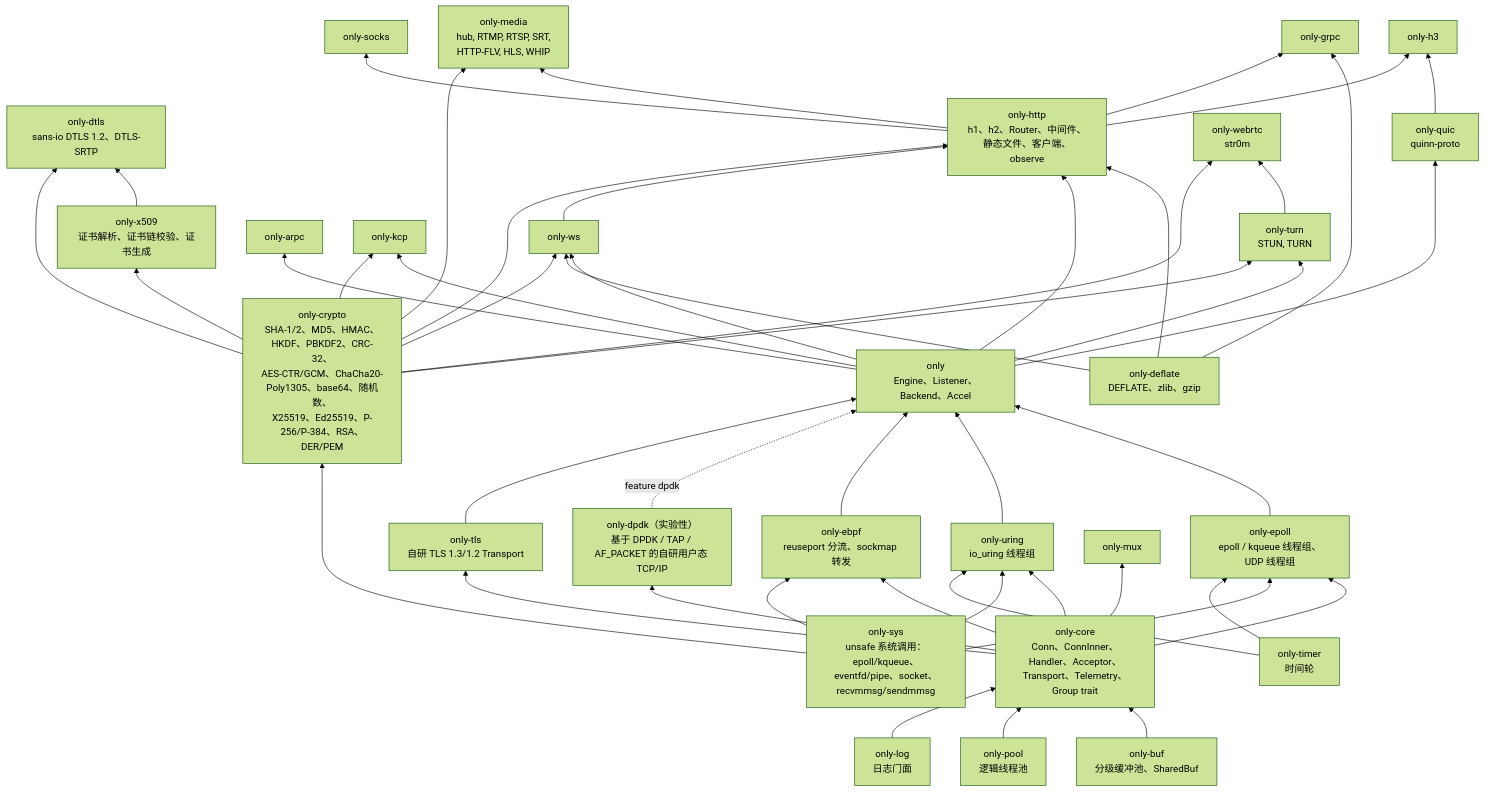
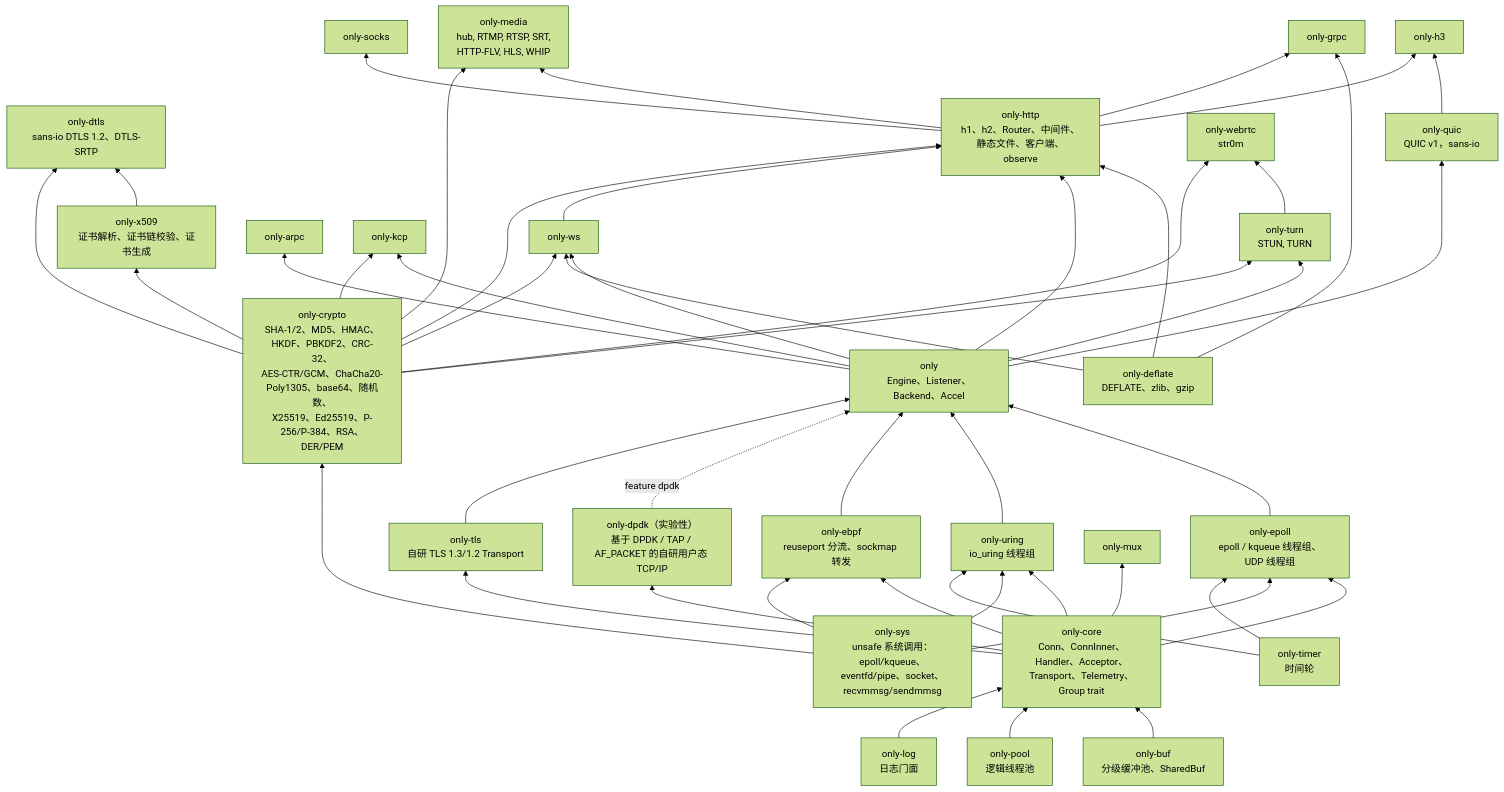
One commit to lesismal/akio changed the first of 6 diagrams in docs/architecture.zh-CN.md. Above: the diagram before and after it, drawn with Mermaid (forest theme). The commit also changed other lines of this file and 89 other files, not shown here.

Commit message:
wip(only-quic): fuzz targets, docs, API snapshot, deny cleanup

````diff
--- a/docs/architecture.zh-CN.md
+++ b/docs/architecture.zh-CN.md
@@ -12,77 +12,77 @@
 ```mermaid
 flowchart BT
     sys["only-sys<br/>unsafe 系统调用：epoll/kqueue、<br/>eventfd/pipe、socket、recvmmsg/sendmmsg"]
     crypto["only-crypto<br/>SHA-1/2、MD5、HMAC、HKDF、PBKDF2、CRC-32、<br/>AES-CTR/GCM、ChaCha20-Poly1305、base64、随机数、<br/>X25519、Ed25519、P-256/P-384、RSA、DER/PEM"]
     x509["only-x509<br/>证书解析、证书链校验、证书生成"]
     dtls["only-dtls<br/>sans-io DTLS 1.2、DTLS-SRTP"]
     buf["only-buf<br/>分级缓冲池、SharedBuf"]
     timer["only-timer<br/>时间轮"]
     deflate["only-deflate<br/>DEFLATE、zlib、gzip"]
     logc["only-log<br/>日志门面"]
     pool["only-pool<br/>逻辑线程池"]
     core["only-core<br/>Conn、ConnInner、Handler、Acceptor、<br/>Transport、Telemetry、Group trait"]
     epoll["only-epoll<br/>epoll / kqueue 线程组、UDP 线程组"]
     uring["only-uring<br/>io_uring 线程组"]
     ebpf["only-ebpf<br/>reuseport 分流、sockmap 转发"]
     dpdk["only-dpdk（实验性）<br/>基于 DPDK / TAP / AF_PACKET 的自研用户态 TCP/IP"]
     tls["only-tls<br/>自研 TLS 1.3/1.2 Transport"]
     facade["only<br/>Engine、Listener、Backend、Accel"]
     http["only-http<br/>h1、h2、Router、中间件、<br/>静态文件、客户端、observe"]
     ws[only-ws]
     grpc[only-grpc]
     arpc[only-arpc]
     socks[only-socks]
     mux[only-mux]
-    quic["only-quic<br/>quinn-proto"]
+    quic["only-quic<br/>QUIC v1，sans-io"]
     h3[only-h3]
     kcp[only-kcp]
     turn["only-turn<br/>STUN, TURN"]
     webrtc["only-webrtc<br/>str0m"]
     media["only-media<br/>hub, RTMP, RTSP, SRT,<br/>HTTP-FLV, HLS, WHIP"]
 
     buf --> core
     pool --> core
     logc --> core
     core --> epoll
     sys --> epoll
     timer --> epoll
     core --> uring
     sys --> uring
     timer --> uring
     core --> ebpf
     core --> dpdk
     sys --> ebpf
     core --> tls
     epoll --> facade
     uring --> facade
     ebpf --> facade
     dpdk -.->|feature dpdk| facade
     tls --> facade
     facade --> ws
     deflate --> ws
     deflate --> http
     deflate --> grpc
     facade --> http
     ws --> http
     http --> grpc
     facade --> arpc
     http --> socks
     core --> mux
     facade --> quic
     quic --> h3
     http --> h3
     facade --> kcp
     facade --> turn
     turn --> webrtc
     http --> media
     sys --> crypto
     crypto --> x509
     x509 --> dtls
     crypto --> dtls
     crypto --> ws
     crypto --> http
     crypto --> kcp
     crypto --> turn
     crypto --> webrtc
     crypto --> media
 ```
````
